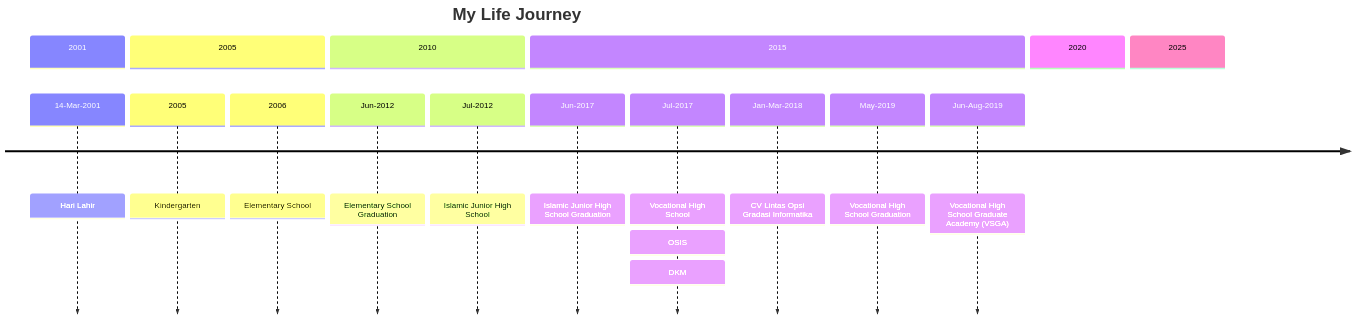
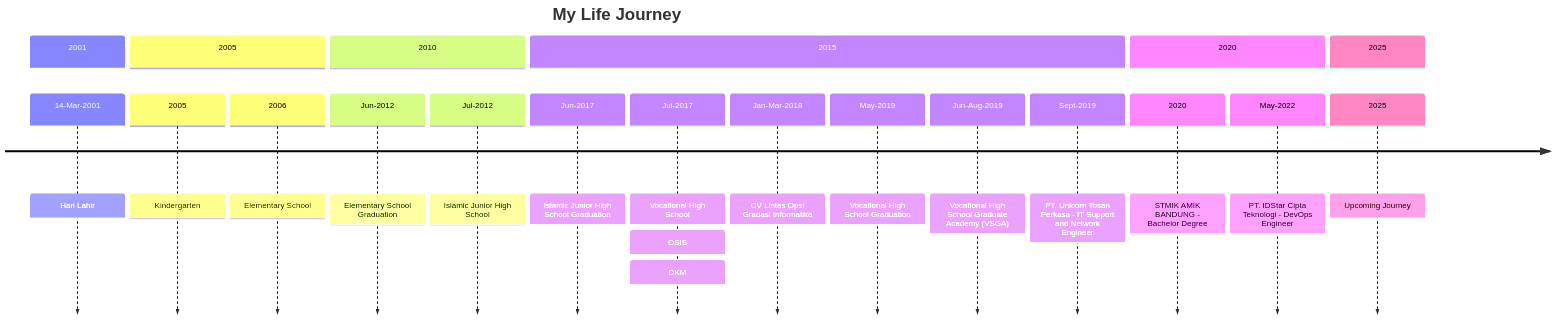
The diagram in docs/journey.md (taufiqpsumarna/taufiqpsumarna.my.id), drawn with Mermaid before and after one commit. The commit also changed other lines of this file, not shown here.

Commit message:
modified:   docs/journey.md

````diff
--- a/docs/journey.md
+++ b/docs/journey.md
@@ -6,23 +8,27 @@
 ```mermaid
 timeline
     title My Life Journey
     dateFormat DD-MMM-YYYY
     section 2001
         14-Mar-2001     : Hari Lahir
     section 2005
         2005            : Kindergarten
         2006            : Elementary School
     section 2010
         Jun-2012        : Elementary School Graduation
         Jul-2012        : Islamic Junior High School
     section 2015
         Jun-2017        : Islamic Junior High School Graduation
         Jul-2017        : Vocational High School
                         : OSIS
                         : DKM
         Jan-Mar-2018    : CV Lintas Opsi Gradasi Informatika
         May-2019        : Vocational High School Graduation
         Jun-Aug-2019    : Vocational High School Graduate Academy (VSGA)
+        Sept-2019       : PT. Unicorn Tosan Perkasa - IT Support and Network Engineer
     section 2020
+        2020            : STMIK AMIK BANDUNG - Bachelor Degree
+        May-2022        : PT. IDStar Cipta Teknologi - DevOps Engineer
     section 2025
+        2025            : Upcoming Journey
 ```
````
